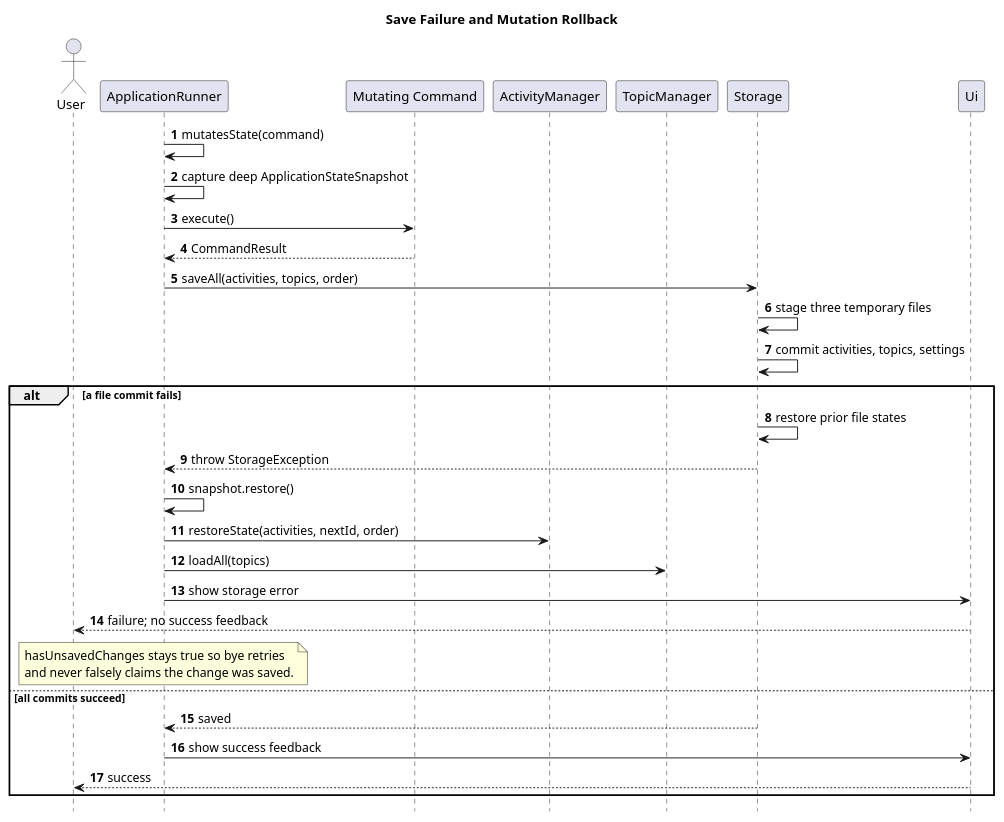
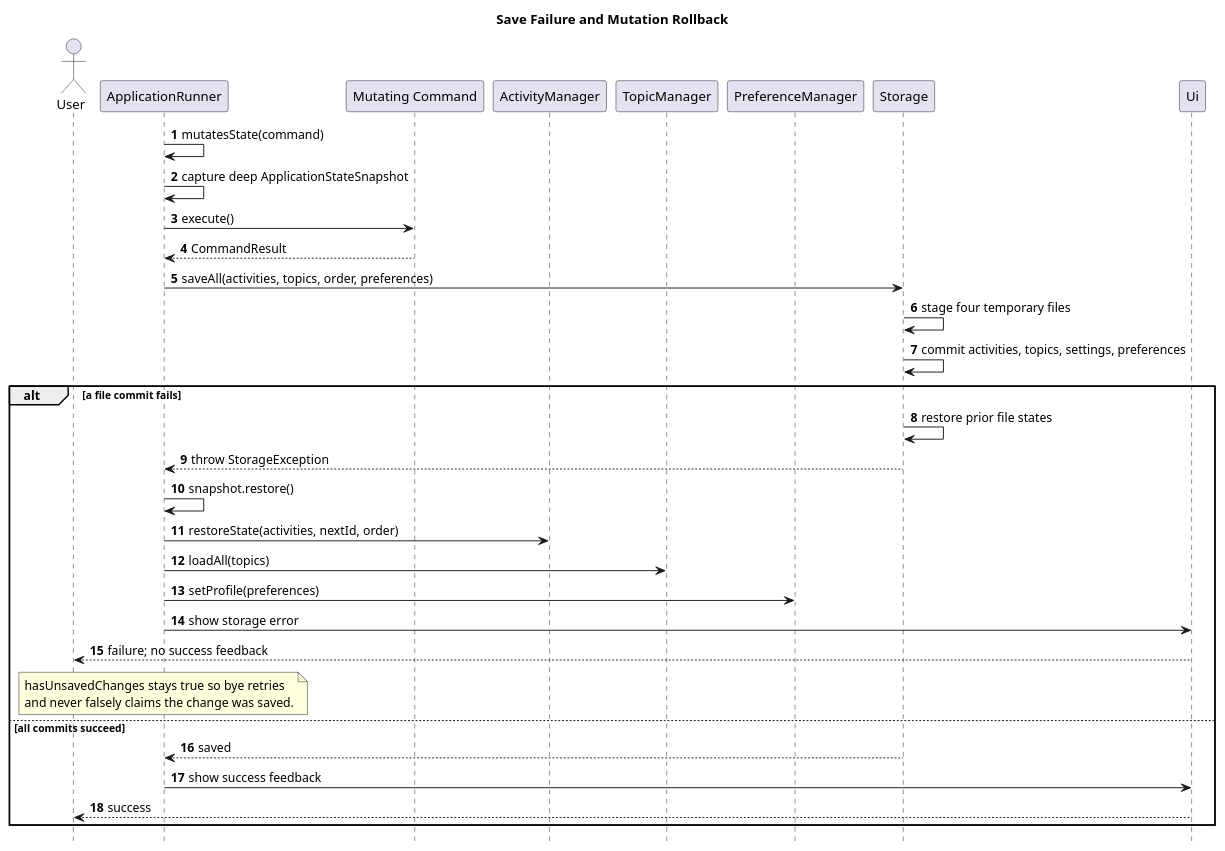
Before and after one commit to lukelouyu/SelfTeamProject: the diagram in docs/diagrams/sequence/MutationRollbackSequence.puml, drawn with PlantUML. The commit also changed 19 other files, not shown here.

```diff
--- a/docs/diagrams/sequence/MutationRollbackSequence.puml
+++ b/docs/diagrams/sequence/MutationRollbackSequence.puml
@@ -1,41 +1,43 @@
 @startuml
 title Save Failure and Mutation Rollback
 
 skinparam shadowing false
 hide footbox
 autonumber
 
 actor User
 participant ApplicationRunner as Runner
 participant "Mutating Command" as Command
 participant ActivityManager
 participant TopicManager
+participant PreferenceManager
 participant Storage
 participant Ui
 
 Runner -> Runner : mutatesState(command)
 Runner -> Runner : capture deep ApplicationStateSnapshot
 Runner -> Command : execute()
 Command --> Runner : CommandResult
-Runner -> Storage : saveAll(activities, topics, order)
-Storage -> Storage : stage three temporary files
-Storage -> Storage : commit activities, topics, settings
+Runner -> Storage : saveAll(activities, topics, order, preferences)
+Storage -> Storage : stage four temporary files
+Storage -> Storage : commit activities, topics, settings, preferences
 alt a file commit fails
   Storage -> Storage : restore prior file states
   Storage --> Runner : throw StorageException
   Runner -> Runner : snapshot.restore()
   Runner -> ActivityManager : restoreState(activities, nextId, order)
   Runner -> TopicManager : loadAll(topics)
+  Runner -> PreferenceManager : setProfile(preferences)
   Runner -> Ui : show storage error
   Ui --> User : failure; no success feedback
   note over Runner
     hasUnsavedChanges stays true so bye retries
     and never falsely claims the change was saved.
   end note
 else all commits succeed
   Storage --> Runner : saved
   Runner -> Ui : show success feedback
   Ui --> User : success
 end
 
 @enduml
```
